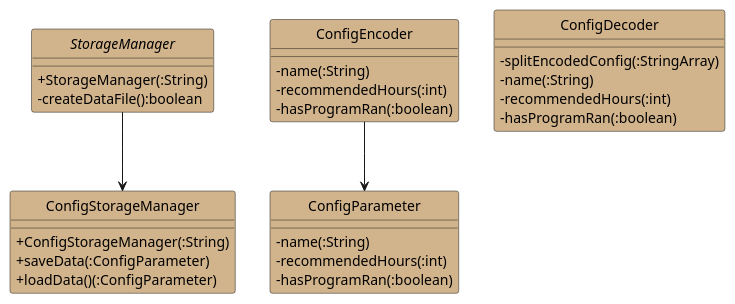
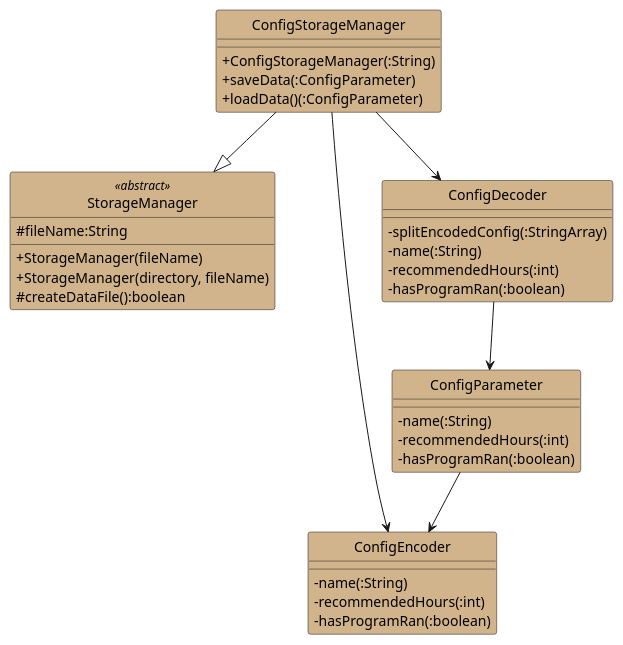
One commit to untitle4/tp changed the diagram in docs/plantuml/ConfigStorage.puml. Above: the diagram before and after it, drawn with PlantUML. The commit also changed 1 other file, not shown here.

Commit message:
redid uml for config storage and updated PPP

```diff
--- a/docs/plantuml/ConfigStorage.puml
+++ b/docs/plantuml/ConfigStorage.puml
@@ -1,38 +1,45 @@
 @startuml
 hide circles
 skinparam classAttributeIconSize 0
 skinparam classBackgroundColor Tan
 
-abstract class StorageManager {
-    + StorageManager(:String)
-    - createDataFile():boolean
+class StorageManager <<abstract>> #Tan {
+    # fileName:String
+    + StorageManager(fileName)
+    + StorageManager(directory, fileName)
+    # createDataFile():boolean
 }
 
-class ConfigStorageManager {
+class ConfigStorageManager #Tan {
     + ConfigStorageManager(:String)
     + saveData(:ConfigParameter)
     + loadData()(:ConfigParameter)
 }
+
+ConfigStorageManager --|> StorageManager
 
 class ConfigParameter {
     - name(:String)
     - recommendedHours(:int)
     - hasProgramRan(:boolean)
 }
 
 class ConfigEncoder {
     - name(:String)
     - recommendedHours(:int)
     - hasProgramRan(:boolean)
 }
 
 class ConfigDecoder {
     - splitEncodedConfig(:StringArray)
     - name(:String)
     - recommendedHours(:int)
     - hasProgramRan(:boolean)
 }
 
-StorageManager --> ConfigStorageManager
-ConfigEncoder --> ConfigParameter
+ConfigStorageManager --> ConfigEncoder
+ConfigStorageManager --> ConfigDecoder
+ConfigParameter --> ConfigEncoder
+ConfigDecoder --> ConfigParameter
+
 @enduml
```
